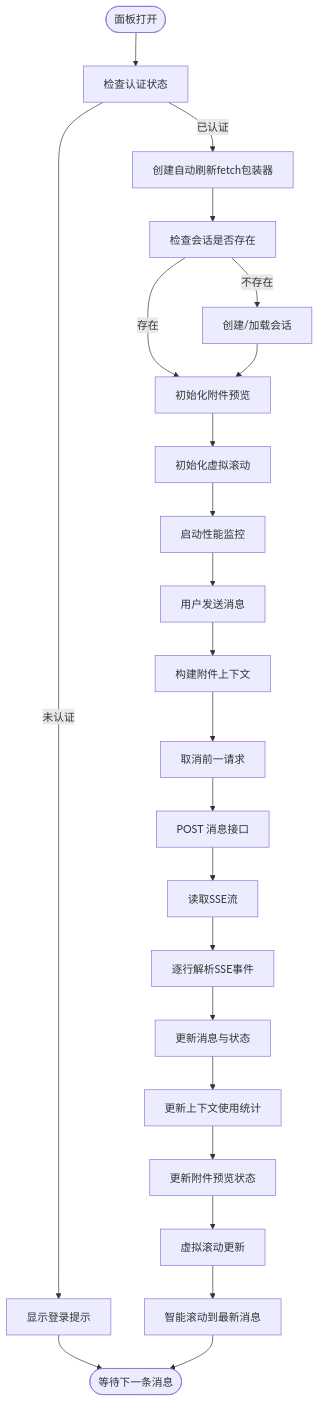
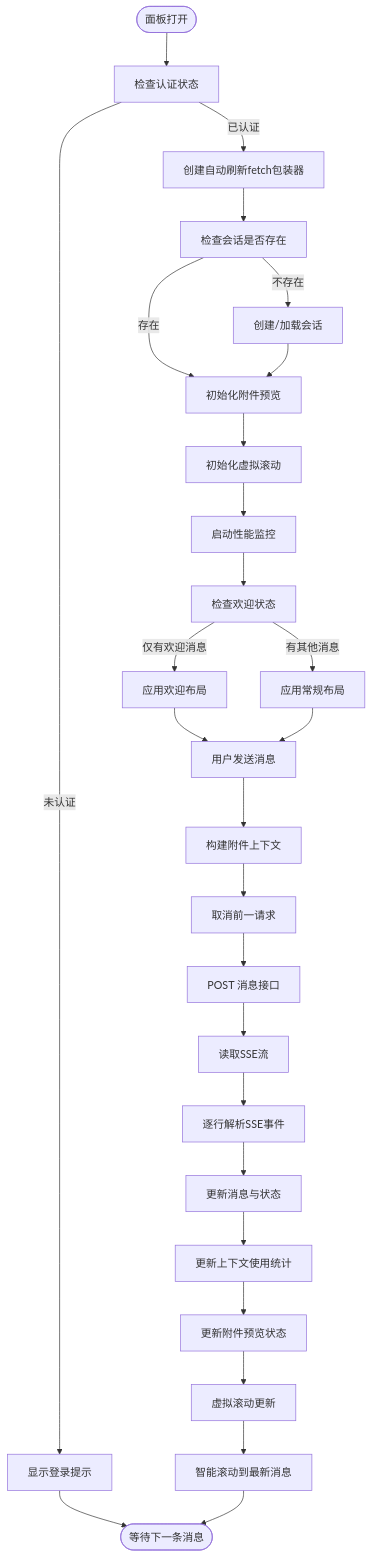
One commit to KunLabAI/KunFlix changed the third of 30 diagrams in .qoder/repowiki/zh/content/前端应用架构/UI组件库/画布组件系统/AI助手面板/AI助手面板.md. Above: the diagram before and after it, drawn with Mermaid. The commit also changed other lines of this file and 20 other files, not shown here.

````diff
--- a/.qoder/repowiki/zh/content/前端应用架构/UI组件库/画布组件系统/AI助手面板/AI助手面板.md
+++ b/.qoder/repowiki/zh/content/前端应用架构/UI组件库/画布组件系统/AI助手面板/AI助手面板.md
@@ -306,25 +324,29 @@
 ```mermaid
 flowchart TD
 Start(["面板打开"]) --> CheckAuth["检查认证状态"]
 CheckAuth --> |已认证| CreateAuthFetch["创建自动刷新fetch包装器"]
 CheckAuth --> |未认证| ShowLogin["显示登录提示"]
 CreateAuthFetch --> CheckSession["检查会话是否存在"]
 ShowLogin --> End(["等待登录"])
 CheckSession --> |不存在| CreateSession["创建/加载会话"]
 CheckSession --> |存在| InitAttachmentPreview["初始化附件预览"]
 CreateSession --> InitAttachmentPreview
 InitAttachmentPreview --> InitVirtualList["初始化虚拟滚动"]
 InitVirtualList --> StartPerfMon["启动性能监控"]
-StartPerfMon --> SendMsg["用户发送消息"]
+StartPerfMon --> CheckWelcome["检查欢迎状态"]
+CheckWelcome --> |仅有欢迎消息| WelcomeLayout["应用欢迎布局"]
+CheckWelcome --> |有其他消息| NormalLayout["应用常规布局"]
+WelcomeLayout --> SendMsg["用户发送消息"]
+NormalLayout --> SendMsg
 SendMsg --> BuildAttachmentContext["构建附件上下文"]
 BuildAttachmentContext --> AbortPrev["取消前一请求"]
 AbortPrev --> Fetch["POST 消息接口"]
 Fetch --> ReadStream["读取SSE流"]
 ReadStream --> Parse["逐行解析SSE事件"]
 Parse --> UpdateStore["更新消息与状态"]
 UpdateStore --> UpdateContext["更新上下文使用统计"]
 UpdateContext --> UpdateAttachmentPreview["更新附件预览状态"]
 UpdateAttachmentPreview --> VirtualScroll["虚拟滚动更新"]
 VirtualScroll --> ScrollToBottom["智能滚动到最新消息"]
 ScrollToBottom --> End(["等待下一条消息"])
 ```
````
